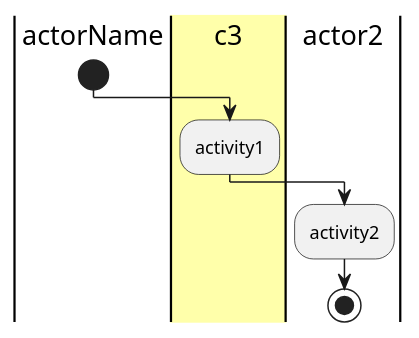
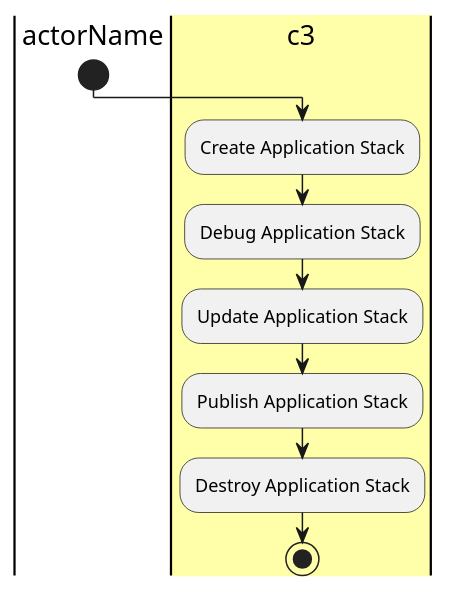
Before and after one commit to CAADE/C3: the diagram in docs/UseCases/Manage-Application-Stack/Activities.puml, drawn with PlantUML. The commit also changed 102 other files, not shown here.

```diff
--- a/docs/UseCases/Manage-Application-Stack/Activities.puml
+++ b/docs/UseCases/Manage-Application-Stack/Activities.puml
@@ -1,9 +1,11 @@
 @startuml
 |actorName|
 start
 |#ffffaa|c3|
-:activity1;
-|actor2|
-:activity2;
+:Create Application Stack;
+:Debug Application Stack;
+:Update Application Stack;
+:Publish Application Stack;
+:Destroy Application Stack;
 stop
 @enduml
```
